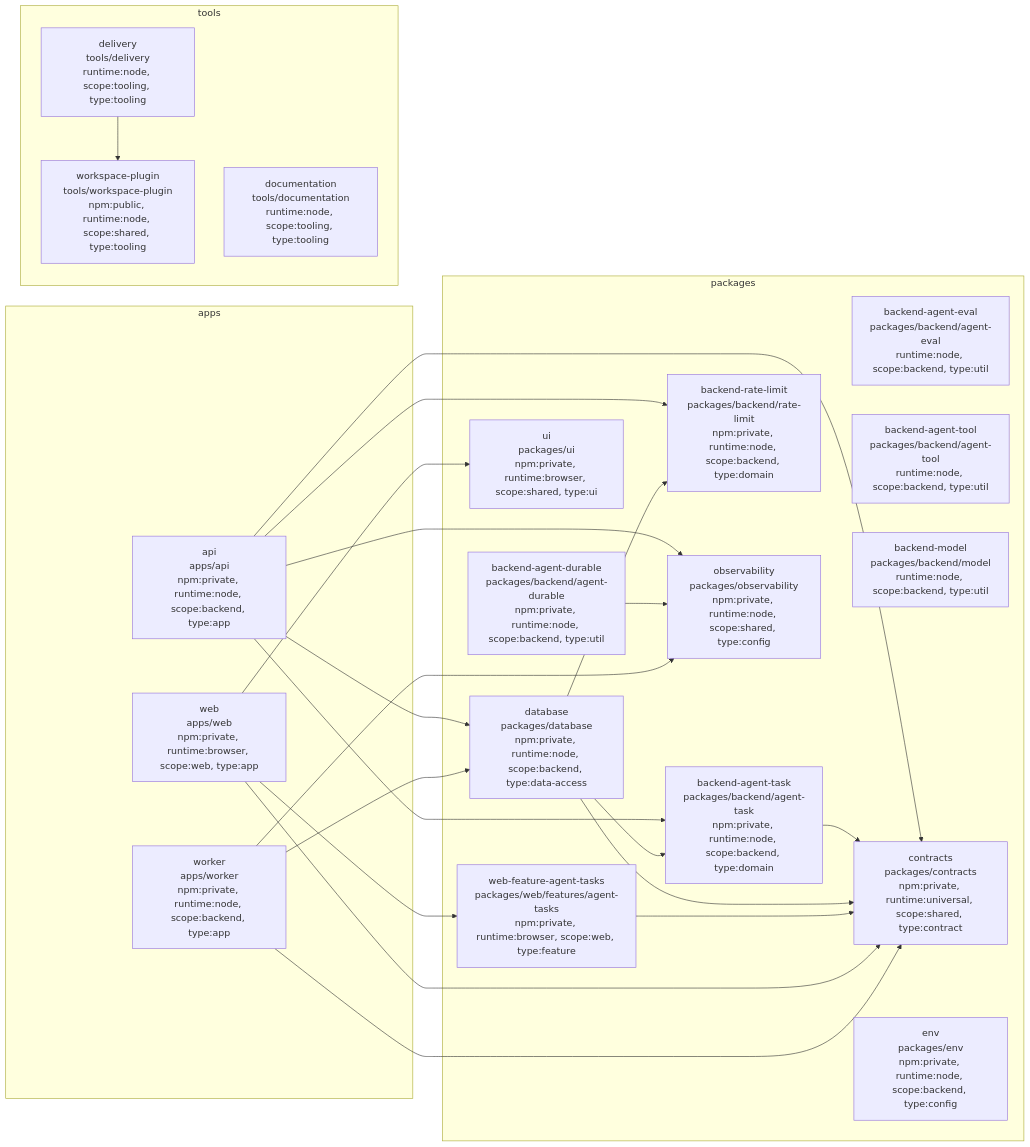
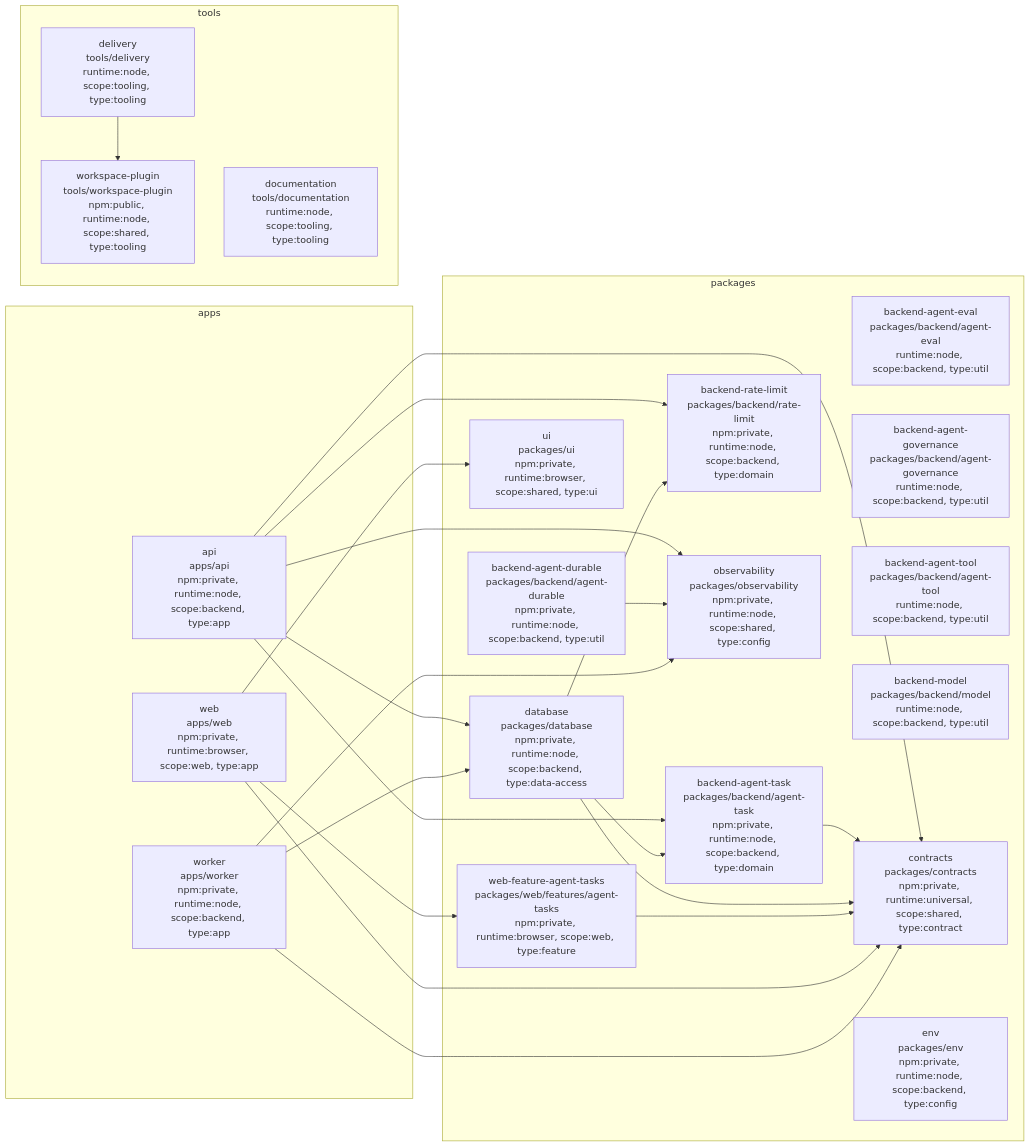
Before and after one commit to kaleigh-dem/steady-stack: the diagram in docs/architecture/project-graph.md, drawn with Mermaid. The commit also changed 19 other files, not shown here.

First line of the commit message:
feat(agent): add safety and governance hooks (#71)

````diff
--- a/docs/architecture/project-graph.md
+++ b/docs/architecture/project-graph.md
@@ -7,45 +7,46 @@
 ```mermaid
 flowchart LR
   subgraph project_group_apps["apps"]
     project_api["api<br/>apps/api<br/>npm:private, runtime:node, scope:backend, type:app"]
     project_web["web<br/>apps/web<br/>npm:private, runtime:browser, scope:web, type:app"]
     project_worker["worker<br/>apps/worker<br/>npm:private, runtime:node, scope:backend, type:app"]
   end
   subgraph project_group_packages["packages"]
     project_backend_agent_durable["backend-agent-durable<br/>packages/backend/agent-durable<br/>npm:private, runtime:node, scope:backend, type:util"]
     project_backend_agent_eval["backend-agent-eval<br/>packages/backend/agent-eval<br/>runtime:node, scope:backend, type:util"]
+    project_backend_agent_governance["backend-agent-governance<br/>packages/backend/agent-governance<br/>runtime:node, scope:backend, type:util"]
     project_backend_agent_task["backend-agent-task<br/>packages/backend/agent-task<br/>npm:private, runtime:node, scope:backend, type:domain"]
     project_backend_agent_tool["backend-agent-tool<br/>packages/backend/agent-tool<br/>runtime:node, scope:backend, type:util"]
     project_backend_model["backend-model<br/>packages/backend/model<br/>runtime:node, scope:backend, type:util"]
     project_backend_rate_limit["backend-rate-limit<br/>packages/backend/rate-limit<br/>npm:private, runtime:node, scope:backend, type:domain"]
     project_contracts["contracts<br/>packages/contracts<br/>npm:private, runtime:universal, scope:shared, type:contract"]
     project_database["database<br/>packages/database<br/>npm:private, runtime:node, scope:backend, type:data-access"]
     project_env["env<br/>packages/env<br/>npm:private, runtime:node, scope:backend, type:config"]
     project_observability["observability<br/>packages/observability<br/>npm:private, runtime:node, scope:shared, type:config"]
     project_ui["ui<br/>packages/ui<br/>npm:private, runtime:browser, scope:shared, type:ui"]
     project_web_feature_agent_tasks["web-feature-agent-tasks<br/>packages/web/features/agent-tasks<br/>npm:private, runtime:browser, scope:web, type:feature"]
   end
   subgraph project_group_tools["tools"]
     project_delivery["delivery<br/>tools/delivery<br/>runtime:node, scope:tooling, type:tooling"]
     project_documentation["documentation<br/>tools/documentation<br/>runtime:node, scope:tooling, type:tooling"]
     project_workspace_plugin["workspace-plugin<br/>tools/workspace-plugin<br/>npm:public, runtime:node, scope:shared, type:tooling"]
   end
   project_api --> project_backend_agent_task
   project_api --> project_backend_rate_limit
   project_api --> project_contracts
   project_api --> project_database
   project_api --> project_observability
   project_backend_agent_durable --> project_observability
   project_backend_agent_task --> project_contracts
   project_database --> project_backend_agent_task
   project_database --> project_backend_rate_limit
   project_database --> project_contracts
   project_delivery --> project_workspace_plugin
   project_web_feature_agent_tasks --> project_contracts
   project_web --> project_contracts
   project_web --> project_ui
   project_web --> project_web_feature_agent_tasks
   project_worker --> project_contracts
   project_worker --> project_database
   project_worker --> project_observability
 ```
````
